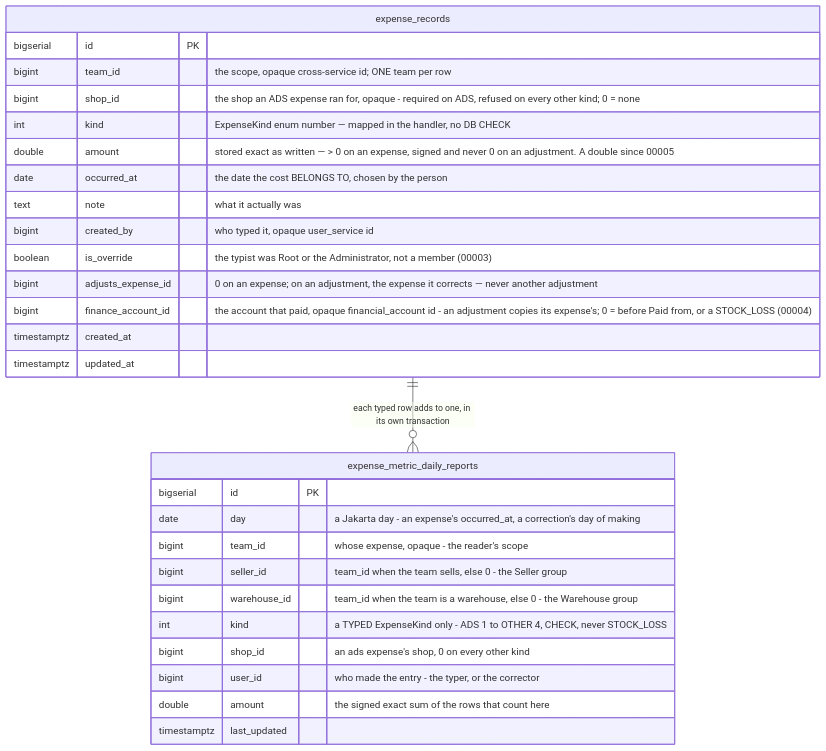
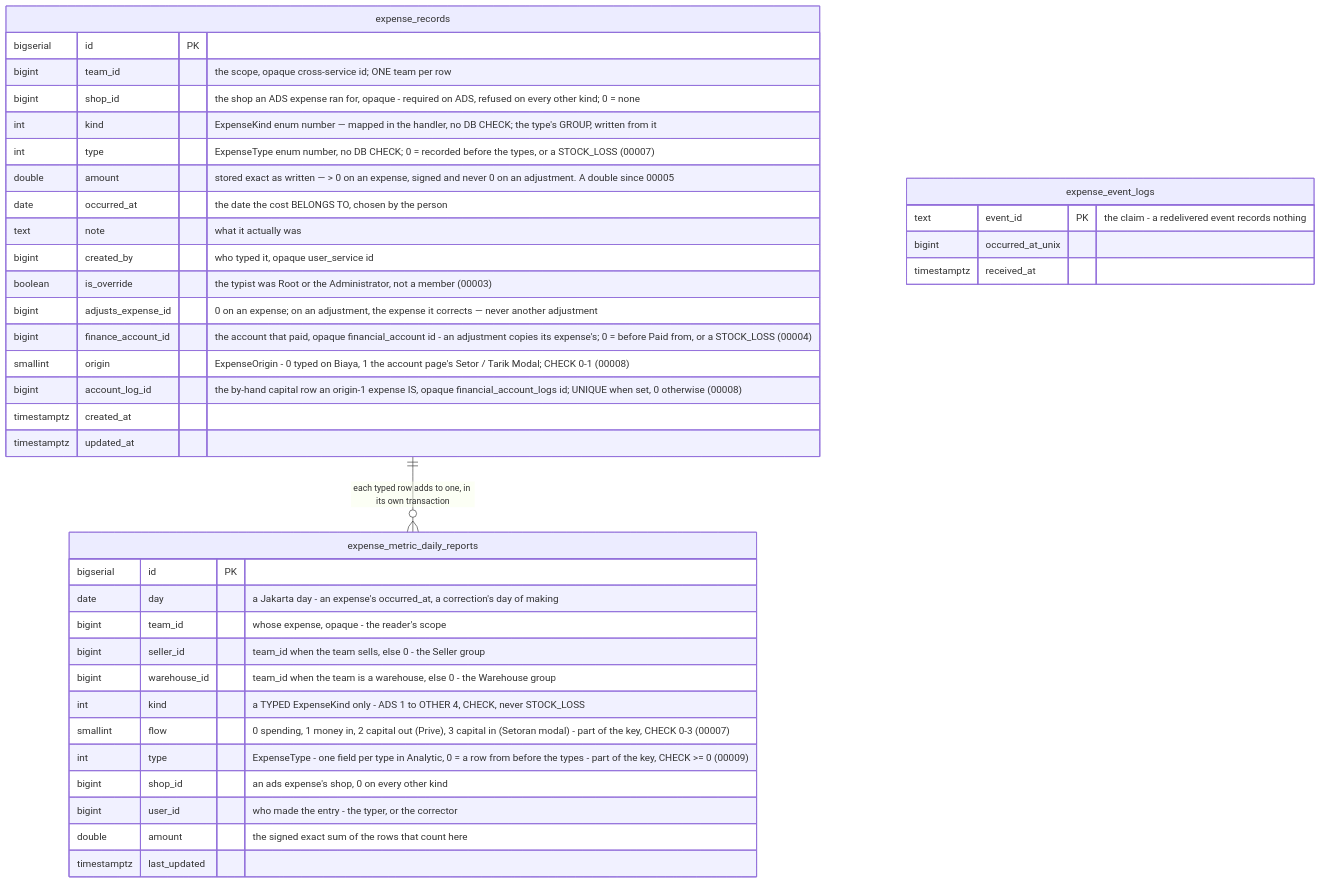
Diagram 22 of 29 in docs/database-schema.md (pdcgo/warehouse_revamp), drawn with Mermaid before and after one commit. The commit also changed other lines of this file and 686 other files, not shown here.

````diff
--- a/docs/database-schema.md
+++ b/docs/database-schema.md
@@ -2274,31 +2383,41 @@
 ```mermaid
 erDiagram
     expense_records {
         bigserial   id          PK
         bigint      team_id     "the scope, opaque cross-service id; ONE team per row"
         bigint      shop_id     "the shop an ADS expense ran for, opaque - required on ADS, refused on every other kind; 0 = none"
-        int         kind        "ExpenseKind enum number — mapped in the handler, no DB CHECK"
+        int         kind        "ExpenseKind enum number — mapped in the handler, no DB CHECK; the type's GROUP, written from it"
+        int         type        "ExpenseType enum number, no DB CHECK; 0 = recorded before the types, or a STOCK_LOSS (00007)"
         double      amount      "stored exact as written — > 0 on an expense, signed and never 0 on an adjustment. A double since 00005"
         date        occurred_at "the date the cost BELONGS TO, chosen by the person"
         text        note        "what it actually was"
         bigint      created_by  "who typed it, opaque user_service id"
         boolean     is_override "the typist was Root or the Administrator, not a member (00003)"
         bigint      adjusts_expense_id "0 on an expense; on an adjustment, the expense it corrects — never another adjustment"
         bigint      finance_account_id "the account that paid, opaque financial_account id - an adjustment copies its expense's; 0 = before Paid from, or a STOCK_LOSS (00004)"
+        smallint    origin      "ExpenseOrigin - 0 typed on Biaya, 1 the account page's Setor / Tarik Modal; CHECK 0-1 (00008)"
+        bigint      account_log_id "the by-hand capital row an origin-1 expense IS, opaque financial_account_logs id; UNIQUE when set, 0 otherwise (00008)"
         timestamptz created_at
         timestamptz updated_at
+    }
+    expense_event_logs {
+        text        event_id         PK "the claim - a redelivered event records nothing"
+        bigint      occurred_at_unix
+        timestamptz received_at
     }
     expense_metric_daily_reports {
         bigserial   id           PK
         date        day          "a Jakarta day - an expense's occurred_at, a correction's day of making"
         bigint      team_id      "whose expense, opaque - the reader's scope"
         bigint      seller_id    "team_id when the team sells, else 0 - the Seller group"
         bigint      warehouse_id "team_id when the team is a warehouse, else 0 - the Warehouse group"
         int         kind         "a TYPED ExpenseKind only - ADS 1 to OTHER 4, CHECK, never STOCK_LOSS"
+        smallint    flow         "0 spending, 1 money in, 2 capital out (Prive), 3 capital in (Setoran modal) - part of the key, CHECK 0-3 (00007)"
+        int         type         "ExpenseType - one field per type in Analytic, 0 = a row from before the types - part of the key, CHECK >= 0 (00009)"
         bigint      shop_id      "an ads expense's shop, 0 on every other kind"
         bigint      user_id      "who made the entry - the typer, or the corrector"
         double      amount       "the signed exact sum of the rows that count here"
         timestamptz last_updated
     }
     expense_records ||--o{ expense_metric_daily_reports : "each typed row adds to one, in its own transaction"
 ```
````
